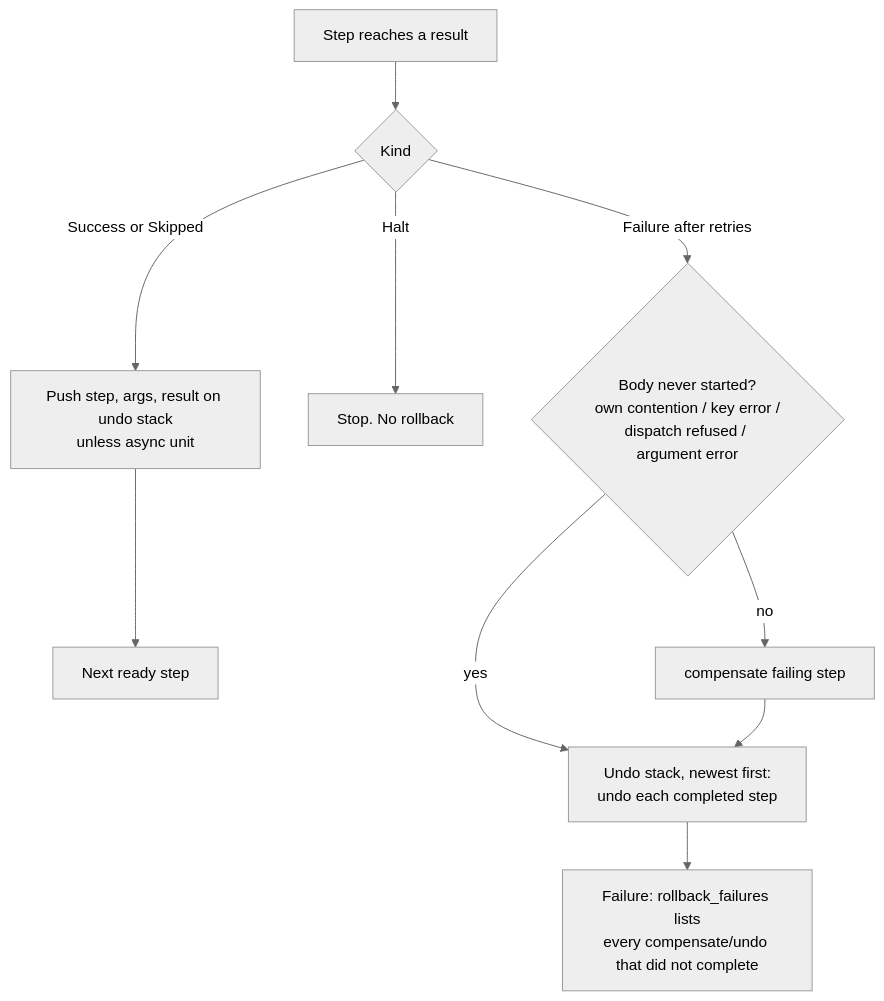
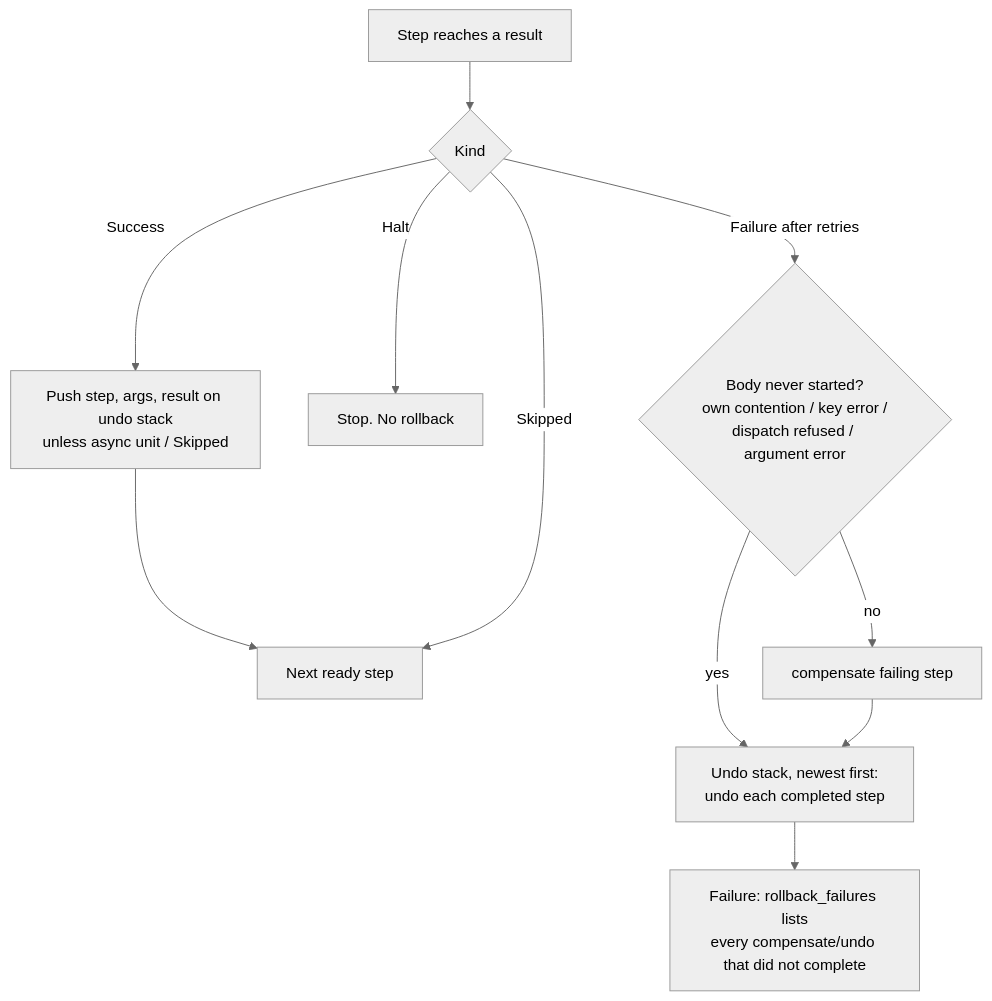
One commit to arturictus/ruby_reactor changed the diagram in specs/007-execution-flow-analysis/analysis/execution-order.md. Above: the diagram before and after it, drawn with Mermaid (neutral theme). The commit also changed other lines of this file and 17 other files, not shown here.

````diff
--- a/specs/007-execution-flow-analysis/analysis/execution-order.md
+++ b/specs/007-execution-flow-analysis/analysis/execution-order.md
@@ -27,12 +27,13 @@
 ```mermaid
 flowchart TD
   S[Step reaches a result] --> K{Kind}
-  K -->|Success or Skipped| P[Push step, args, result on undo stack<br/>unless async unit]
+  K -->|Success| P[Push step, args, result on undo stack<br/>unless async unit / Skipped]
   P --> N[Next ready step]
+  K -->|Skipped| N
   K -->|Halt| H[Stop. No rollback]
   K -->|Failure after retries| NS{Body never started?<br/>own contention / key error /<br/>dispatch refused / argument error}
   NS -->|yes| U
   NS -->|no| C[compensate failing step]
   C --> U[Undo stack, newest first:<br/>undo each completed step]
   U --> F[Failure: rollback_failures lists<br/>every compensate/undo that did not complete]
 ```
````
